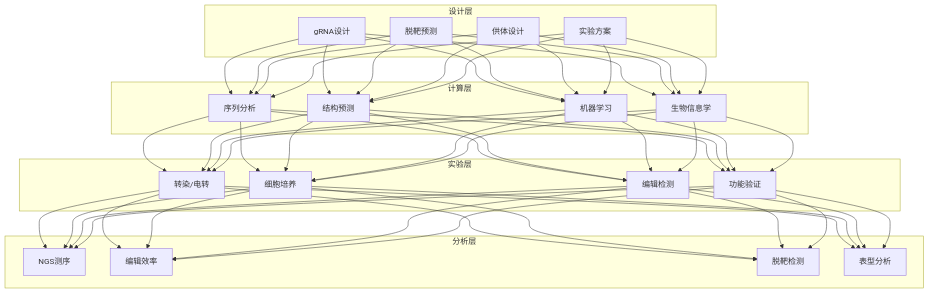
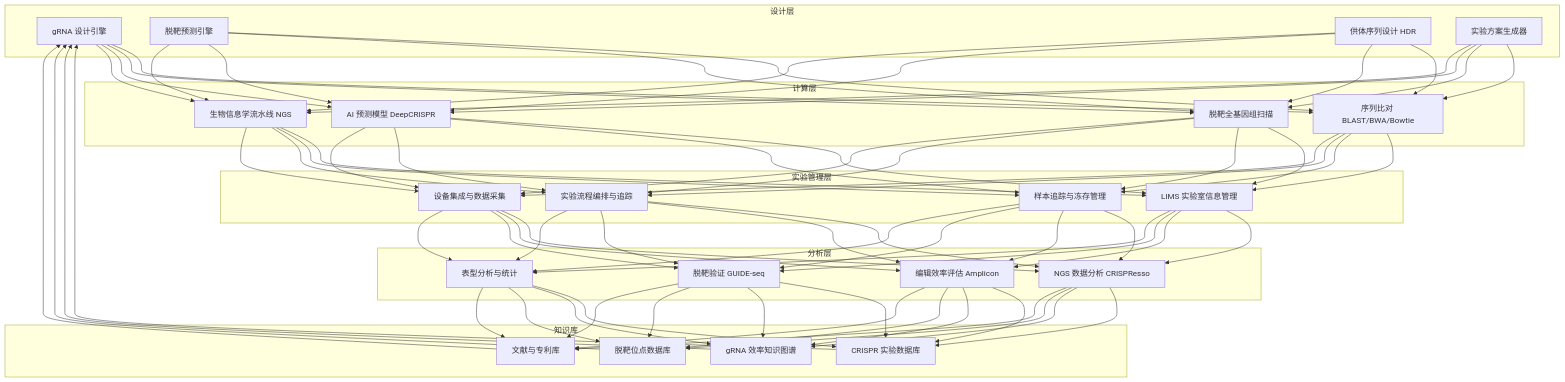
Before and after one commit to kudig-io/kudig-database: the first of 3 diagrams in topic-application-architecture/89-crispr-gene-editing.md, drawn with Mermaid. The commit also changed other lines of this file and 8633 other files, not shown here.

````diff
--- a/topic-application-architecture/89-crispr-gene-editing.md
+++ b/topic-application-architecture/89-crispr-gene-editing.md
@@ -49,34 +128,43 @@
 ```mermaid
 graph TB
-    subgraph 设计层
-        D1[gRNA设计]
-        D2[脱靶预测]
-        D3[供体设计]
-        D4[实验方案]
+    subgraph 设计层["设计层"]
+        D1[gRNA 设计引擎]
+        D2[脱靶预测引擎]
+        D3[供体序列设计 HDR]
+        D4[实验方案生成器]
     end
 
-    subgraph 计算层
-        C1[序列分析]
-        C2[结构预测]
-        C3[机器学习]
-        C4[生物信息学]
+    subgraph 计算层["计算层"]
+        C1[序列比对 BLAST/BWA/Bowtie]
+        C2[脱靶全基因组扫描]
+        C3[AI 预测模型 DeepCRISPR]
+        C4[生物信息学流水线 NGS]
     end
 
-    subgraph 实验层
-        E1[转染/电转]
-        E2[细胞培养]
-        E3[编辑检测]
-        E4[功能验证]
+    subgraph 实验层["实验管理层"]
+        E1[LIMS 实验室信息管理]
+        E2[样本追踪与冻存管理]
+        E3[实验流程编排与追踪]
+        E4[设备集成与数据采集]
     end
 
-    subgraph 分析层
-        A1[NGS测序]
-        A2[编辑效率]
-        A3[脱靶检测]
-        A4[表型分析]
+    subgraph 分析层["分析层"]
+        A1[NGS 数据分析 CRISPResso]
+        A2[编辑效率评估 Amplicon]
+        A3[脱靶验证 GUIDE-seq]
+        A4[表型分析与统计]
+    end
+
+    subgraph 知识层["知识库"]
+        K1[CRISPR 实验数据库]
+        K2[gRNA 效率知识图谱]
+        K3[脱靶位点数据库]
+        K4[文献与专利库]
     end
 
     D1 & D2 & D3 & D4 --> C1 & C2 & C3 & C4
     C1 & C2 & C3 & C4 --> E1 & E2 & E3 & E4
     E1 & E2 & E3 & E4 --> A1 & A2 & A3 & A4
+    A1 & A2 & A3 & A4 --> K1 & K2 & K3 & K4
+    K1 & K2 & K3 & K4 --> D1
 ```
````
